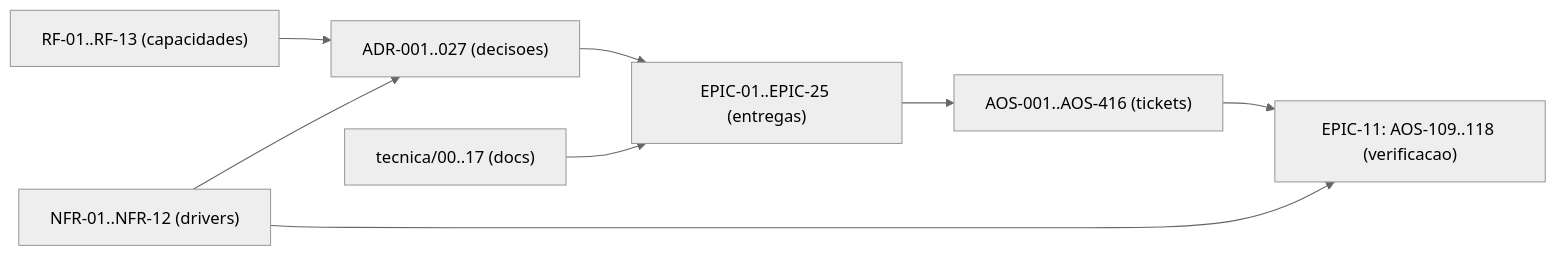
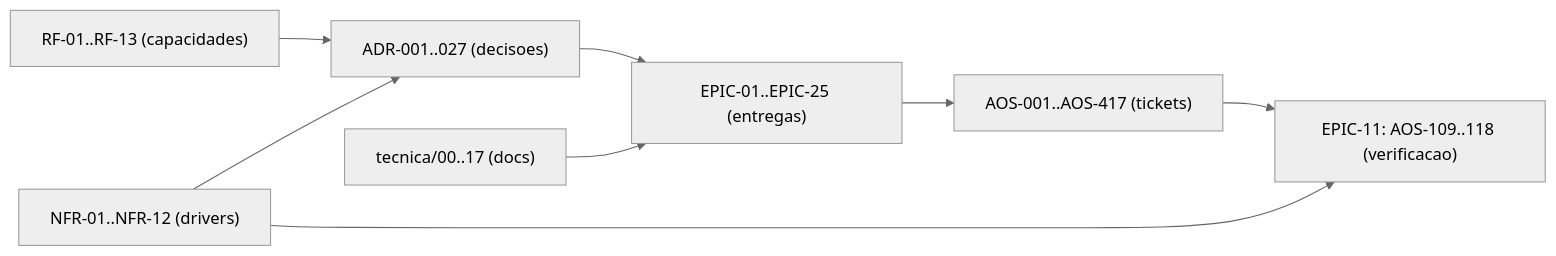
Before and after one commit to albinoJimy/aos: the diagram in tecnica/16_Rastreabilidade_RTM.md, drawn with Mermaid (neutral theme). The commit also changed other lines of this file and 1 other file, not shown here.

First line of the commit message:
docs(AOS-417): o caminho do plano não tem superfície de rede, e nenhum ticket cobria isso (#345)

````diff
--- a/tecnica/16_Rastreabilidade_RTM.md
+++ b/tecnica/16_Rastreabilidade_RTM.md
@@ -186,10 +186,10 @@
 ```mermaid
 flowchart LR
     RF["RF-01..RF-13 (capacidades)"] --> ADR["ADR-001..027 (decisoes)"]
     NFR["NFR-01..NFR-12 (drivers)"] --> ADR
     ADR --> EPIC["EPIC-01..EPIC-25 (entregas)"]
-    EPIC --> TICK["AOS-001..AOS-416 (tickets)"]
+    EPIC --> TICK["AOS-001..AOS-417 (tickets)"]
     DOC["tecnica/00..17 (docs)"] --> EPIC
     TICK --> TEST["EPIC-11: AOS-109..118 (verificacao)"]
     NFR --> TEST
 ```
````
